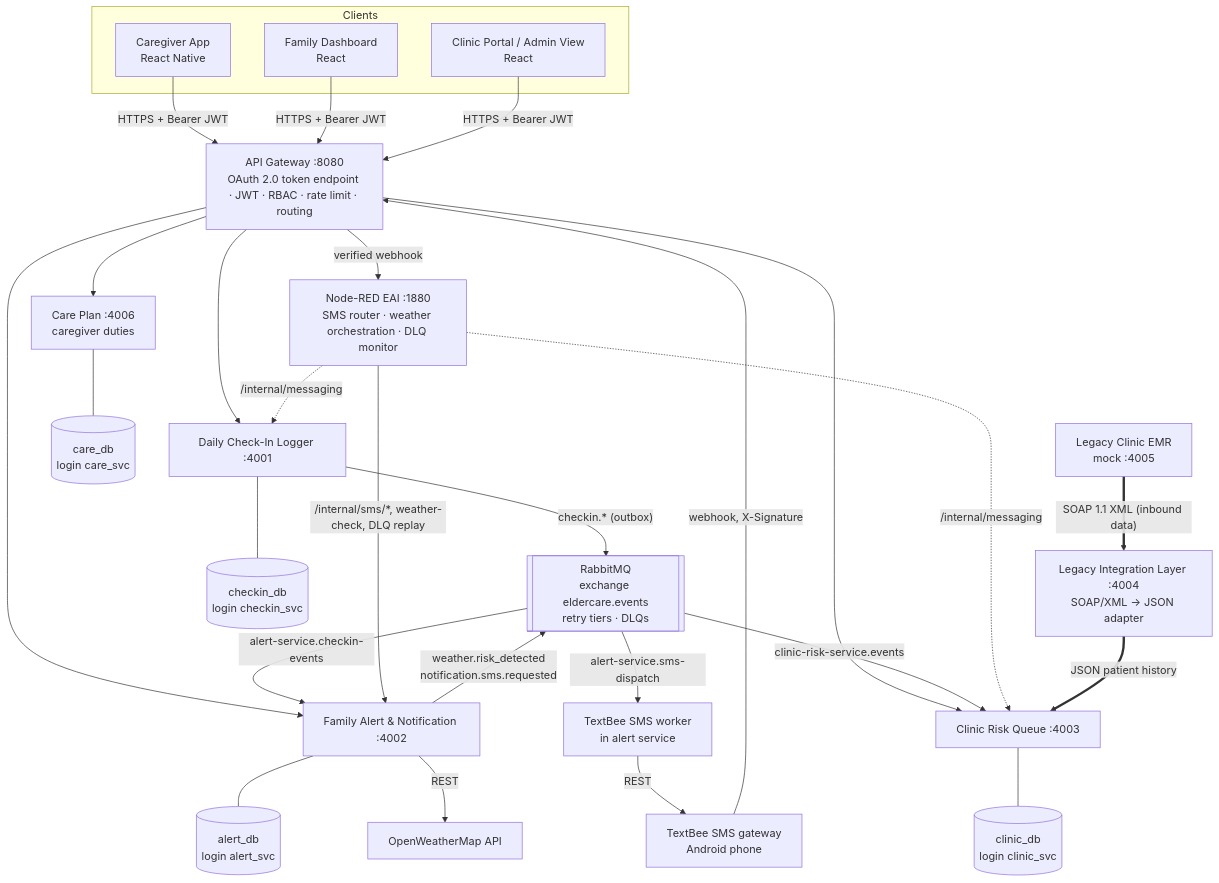
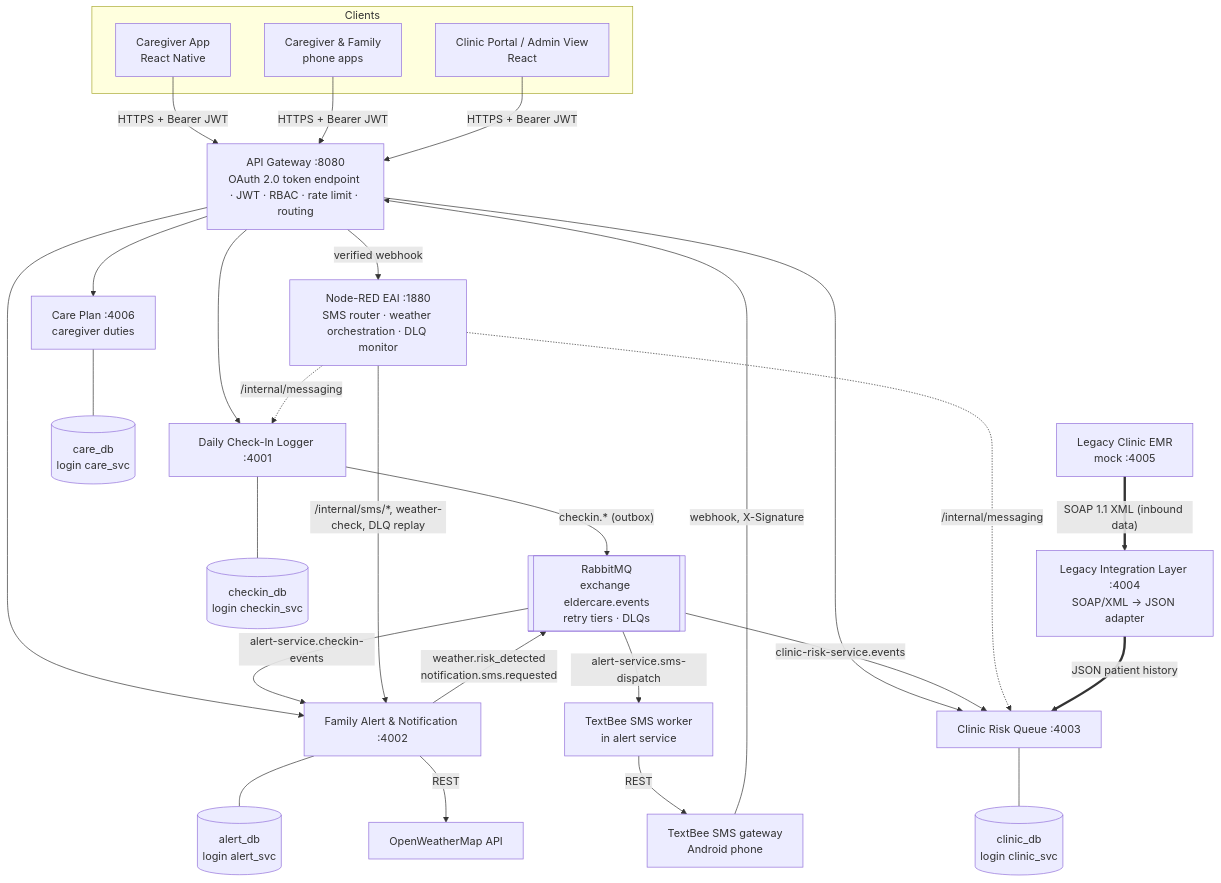
Before and after one commit to mkanguinto/SIA-ElderCare: the diagram in README.md, drawn with Mermaid. The commit also changed other lines of this file and 183 other files, not shown here.

````diff
--- a/README.md
+++ b/README.md
@@ -49,30 +51,30 @@
 ```mermaid
 flowchart TB
   subgraph Clients
     CA[Caregiver App<br/>React Native]
-    FD[Family Dashboard<br/>React]
+    FD[Caregiver & Family<br/>phone apps]
     CP[Clinic Portal / Admin View<br/>React]
   end
   CA & FD & CP -->|HTTPS + Bearer JWT| GW[API Gateway :8080<br/>OAuth 2.0 token endpoint · JWT · RBAC · rate limit · routing]
   GW --> CK[Daily Check-In Logger :4001]
   GW --> AL[Family Alert & Notification :4002]
   GW --> CL[Clinic Risk Queue :4003]
   GW --> CPS[Care Plan :4006<br/>caregiver duties]
   CK -- "checkin.* (outbox)" --> MQ[[RabbitMQ<br/>exchange eldercare.events<br/>retry tiers · DLQs]]
   AL -- "weather.risk_detected<br/>notification.sms.requested" --> MQ
   MQ -- alert-service.checkin-events --> AL
   MQ -- alert-service.sms-dispatch --> SW[TextBee SMS worker<br/>in alert service]
   MQ -- clinic-risk-service.events --> CL
   CK --- CKDB[(checkin_db<br/>login checkin_svc)]
   AL --- ALDB[(alert_db<br/>login alert_svc)]
   CL --- CLDB[(clinic_db<br/>login clinic_svc)]
   CPS --- CPDB[(care_db<br/>login care_svc)]
   AL -->|REST| OWM[OpenWeatherMap API]
   SW -->|REST| TB[TextBee SMS gateway<br/>Android phone]
   TB -->|webhook, X-Signature| GW
   GW -->|verified webhook| NR[Node-RED EAI :1880<br/>SMS router · weather orchestration · DLQ monitor]
   NR -->|/internal/sms/*, weather-check, DLQ replay| AL
   NR -.->|/internal/messaging| CK & CL
   EMR[Legacy Clinic EMR<br/>mock :4005] ==>|"SOAP 1.1 XML (inbound data)"| AD[Legacy Integration Layer :4004<br/>SOAP/XML → JSON adapter]
   AD ==>|"JSON patient history"| CL
 ```
````
